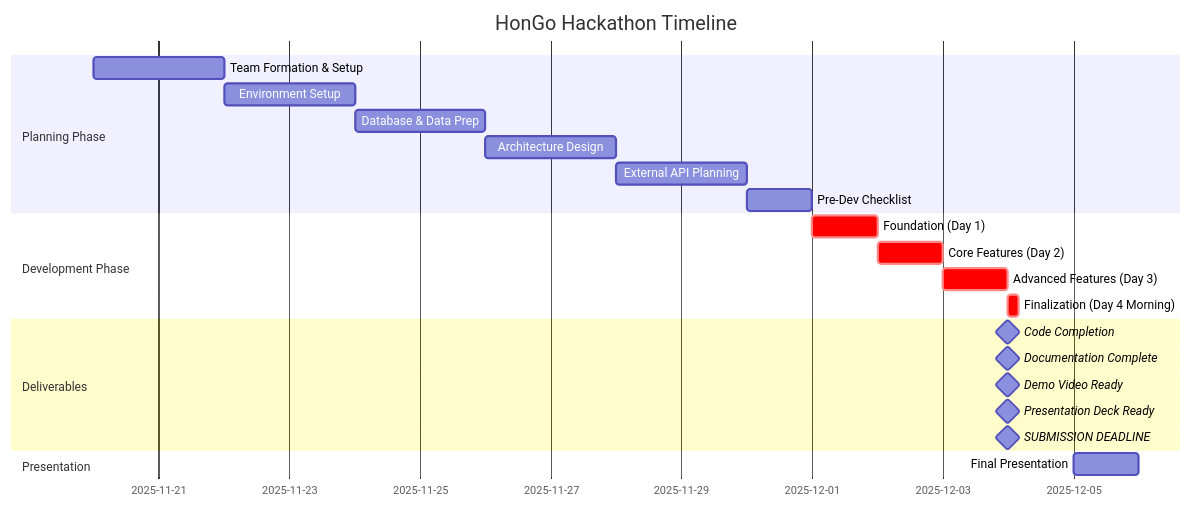
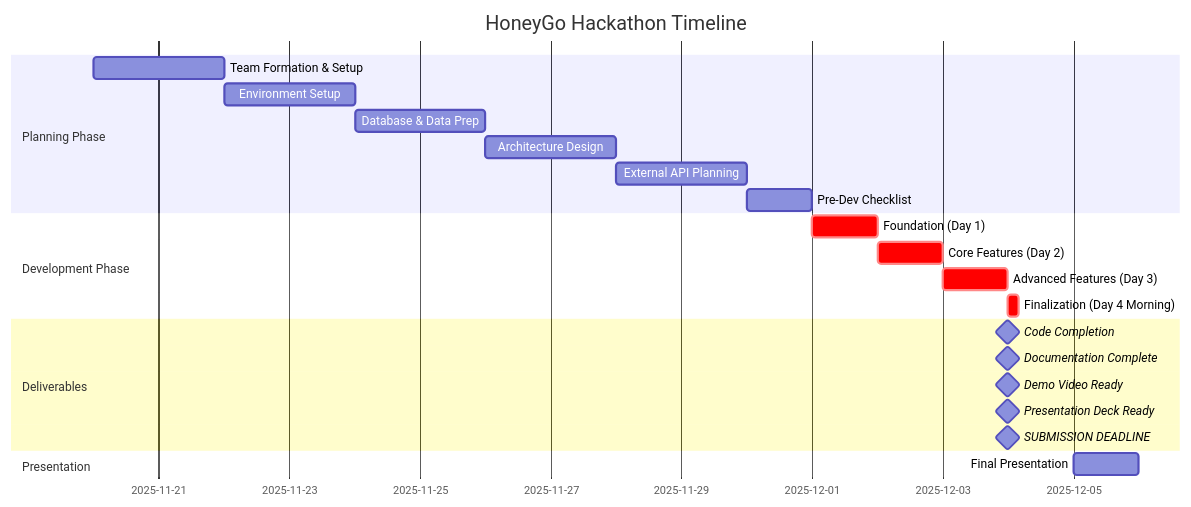
One commit to fly2safa/HON-hackathon-dynamic-pricing changed the sixth of 6 diagrams in docs/implementation-plan.md. Above: the diagram before and after it, drawn with Mermaid. The commit also changed other lines of this file and 1 other file, not shown here.

Commit message:
Add driver incentives & retention features, update branding to HoneyGo, add MongoDB design decision doc

````diff
--- a/docs/implementation-plan.md
+++ b/docs/implementation-plan.md
@@ -461,28 +461,28 @@
 ```mermaid
 gantt
-    title HonGo Hackathon Timeline
+    title HoneyGo Hackathon Timeline
     dateFormat  YYYY-MM-DD
     section Planning Phase
     Team Formation & Setup           :2025-11-20, 2d
     Environment Setup                :2025-11-22, 2d
     Database & Data Prep             :2025-11-24, 2d
     Architecture Design              :2025-11-26, 2d
     External API Planning            :2025-11-28, 2d
     Pre-Dev Checklist                :2025-11-30, 1d
     
     section Development Phase
     Foundation (Day 1)               :crit, 2025-12-01, 1d
     Core Features (Day 2)            :crit, 2025-12-02, 1d
     Advanced Features (Day 3)        :crit, 2025-12-03, 1d
     Finalization (Day 4 Morning)     :crit, 2025-12-04, 4h
     
     section Deliverables
     Code Completion                  :milestone, 2025-12-04, 0d
     Documentation Complete           :milestone, 2025-12-04, 0d
     Demo Video Ready                 :milestone, 2025-12-04, 0d
     Presentation Deck Ready          :milestone, 2025-12-04, 0d
     SUBMISSION DEADLINE              :milestone, 2025-12-04, 0d
     
     section Presentation
     Final Presentation               :2025-12-05, 1d
 ```
````
